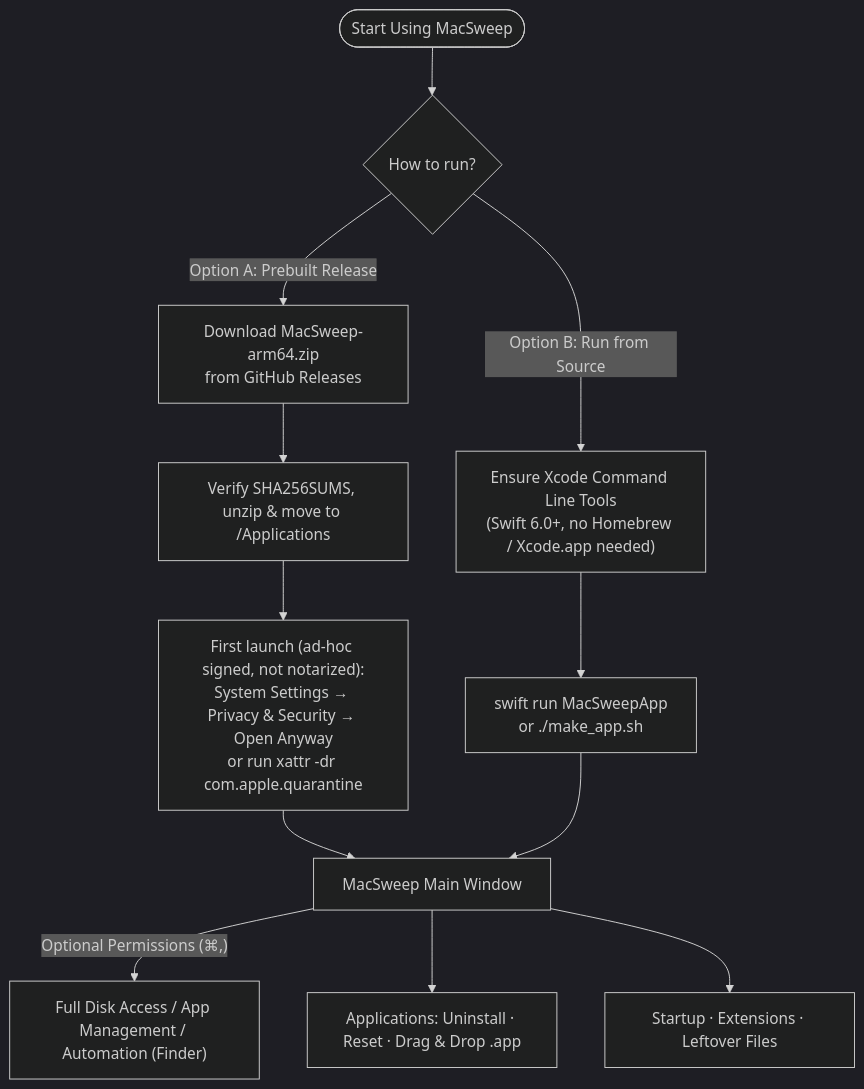
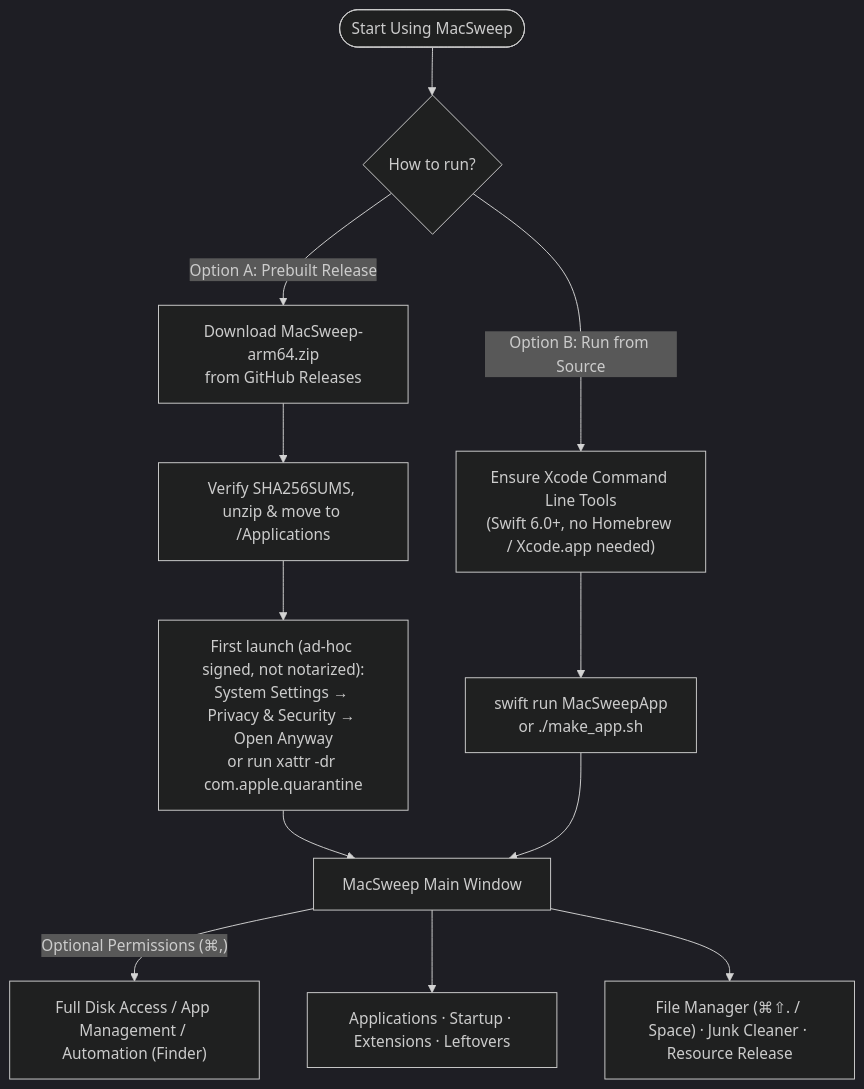
One commit to ChingYung717/MacSweep changed the second of 2 diagrams in README.md. Above: the diagram before and after it, drawn with Mermaid (dark theme). The commit also changed other lines of this file and 80 other files, not shown here.

First line of the commit message:
feat: add File Manager, Junk Cleaner, Resource Release, sanitized demo screenshots, and E2E suite

````diff
--- a/README.md
+++ b/README.md
@@ -184,14 +292,14 @@
 ```mermaid
 flowchart TD
     S(["Start Using MacSweep"]) --> Q{"How to run?"}
     Q -->|"Option A: Prebuilt Release"| R1["Download MacSweep-arm64.zip\nfrom GitHub Releases"]
     R1 --> R2["Verify SHA256SUMS, unzip & move to /Applications"]
     R2 --> R3["First launch (ad-hoc signed, not notarized):\nSystem Settings → Privacy & Security → Open Anyway\nor run xattr -dr com.apple.quarantine"]
     Q -->|"Option B: Run from Source"| B1["Ensure Xcode Command Line Tools\n(Swift 6.0+, no Homebrew / Xcode.app needed)"]
     B1 --> B2["swift run MacSweepApp\nor ./make_app.sh"]
     R3 --> W["MacSweep Main Window"]
     B2 --> W
     W -->|"Optional Permissions (⌘,)"| P["Full Disk Access / App Management / Automation (Finder)"]
-    W --> T1["Applications: Uninstall · Reset · Drag & Drop .app"]
-    W --> T2["Startup · Extensions · Leftover Files"]
+    W --> T1["Applications · Startup · Extensions · Leftovers"]
+    W --> T2["File Manager (⌘⇧. / Space) · Junk Cleaner · Resource Release"]
 ```
````
